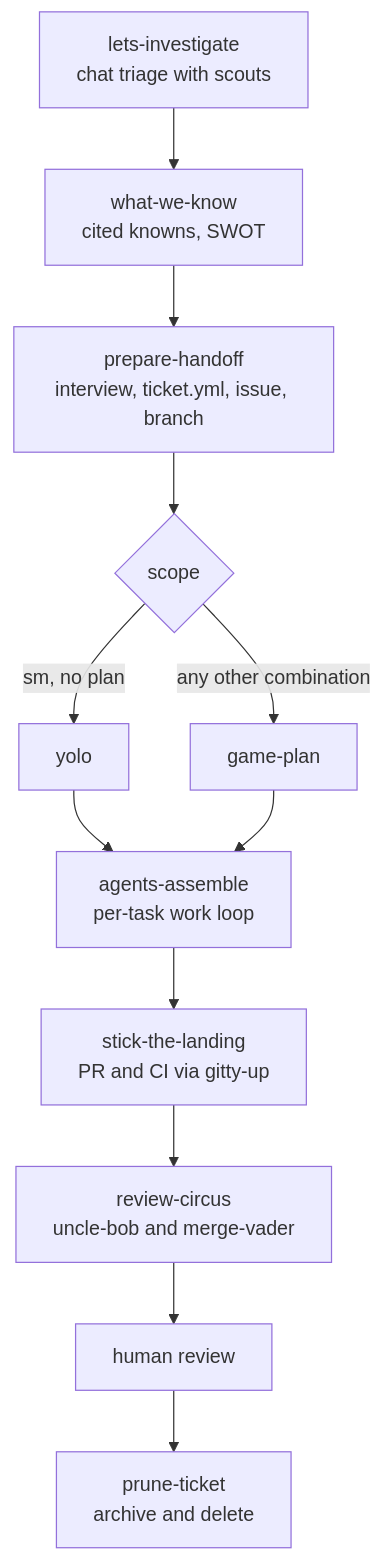
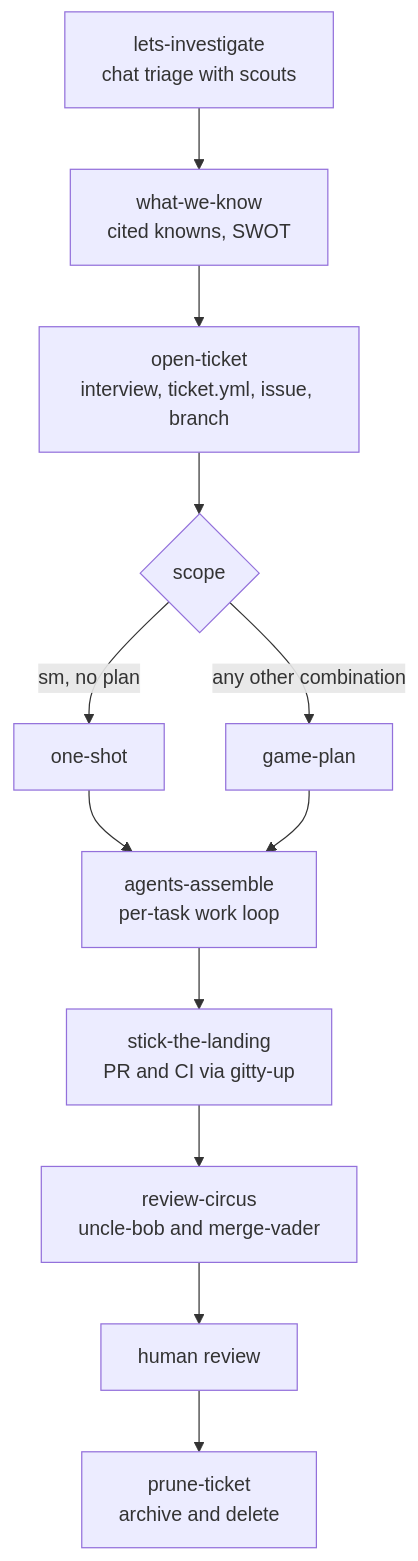
The diagram in README.md (rhawk117/rygentic-harness), drawn with Mermaid before and after one commit. The commit also changed other lines of this file and 432 other files, not shown here.

````diff
--- a/README.md
+++ b/README.md
@@ -38,14 +38,14 @@
 ```mermaid
 flowchart TD
     A["lets-investigate\nchat triage with scouts"] --> B["what-we-know\ncited knowns, SWOT"]
-    B --> C["prepare-handoff\ninterview, ticket.yml, issue, branch"]
+    B --> C["open-ticket\ninterview, ticket.yml, issue, branch"]
     C --> D{scope}
-    D -->|"sm, no plan"| E["yolo"]
+    D -->|"sm, no plan"| E["one-shot"]
     D -->|"any other combination"| F["game-plan"]
     E --> G["agents-assemble\nper-task work loop"]
     F --> G
     G --> H["stick-the-landing\nPR and CI via gitty-up"]
     H --> I["review-circus\nuncle-bob and merge-vader"]
     I --> J["human review"]
     J --> K["prune-ticket\narchive and delete"]
 ```
````
